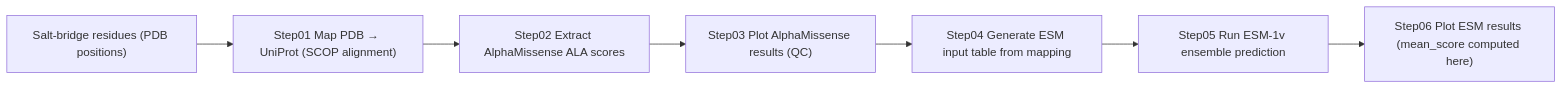
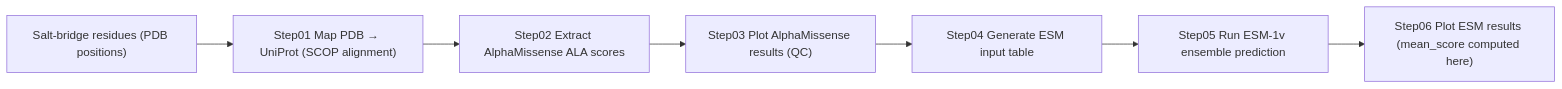
One commit to Zhijian-Xu/Conserved-Salt-Bridges changed the diagram in llm_prediction/README.md. Above: the diagram before and after it, drawn with Mermaid. The commit also changed other lines of this file, not shown here.

````diff
--- a/llm_prediction/README.md
+++ b/llm_prediction/README.md
@@ -13,10 +14,10 @@
 ```mermaid
 flowchart LR
   A["Salt-bridge residues (PDB positions)"]
   --> B["Step01 Map PDB → UniProt (SCOP alignment)"]
   --> C["Step02 Extract AlphaMissense ALA scores"]
   --> D["Step03 Plot AlphaMissense results (QC)"]
-  --> E["Step04 Generate ESM input table from mapping"]
+  --> E["Step04 Generate ESM input table"]
   --> F["Step05 Run ESM-1v ensemble prediction"]
   --> G["Step06 Plot ESM results (mean_score computed here)"]
 ```
````
